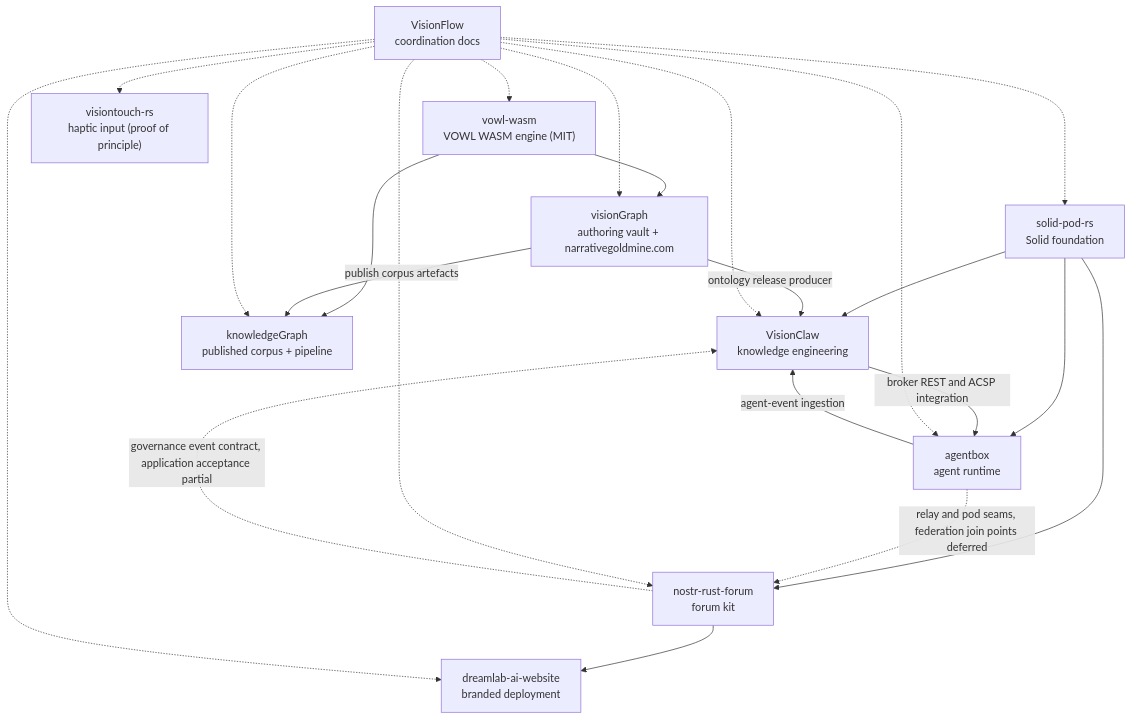
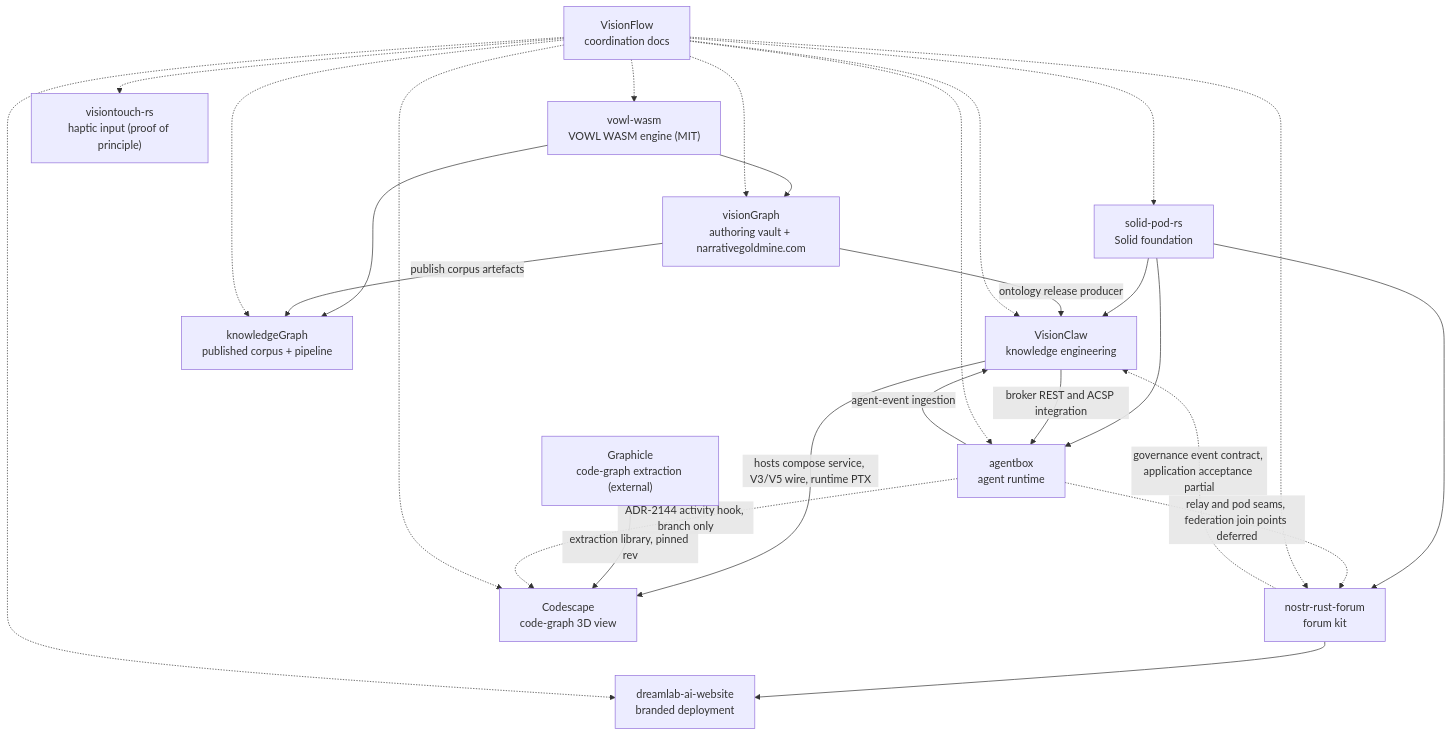
The diagram in docs/architecture/repository-map.md (DreamLab-AI/VisionFlow), drawn with Mermaid before and after one commit. The commit also changed other lines of this file and 3 other files, not shown here.

````diff
--- a/docs/architecture/repository-map.md
+++ b/docs/architecture/repository-map.md
@@ -42,37 +43,43 @@
 ```mermaid
 flowchart TB
     VF["VisionFlow\ncoordination docs"]
     VC["VisionClaw\nknowledge engineering"]
     AB["agentbox\nagent runtime"]
     SPR["solid-pod-rs\nSolid foundation"]
     NRF["nostr-rust-forum\nforum kit"]
     DLW["dreamlab-ai-website\nbranded deployment"]
     VW["vowl-wasm\nVOWL WASM engine (MIT)"]
     KG["knowledgeGraph\npublished corpus + pipeline"]
     VG["visionGraph\nauthoring vault + narrativegoldmine.com"]
     VT["visiontouch-rs\nhaptic input (proof of principle)"]
+    CS["Codescape\ncode-graph 3D view"]
+    GR["Graphicle\ncode-graph extraction (external)"]
 
     SPR --> VC
     SPR --> AB
     SPR --> NRF
     NRF --> DLW
     VW --> VG
     VW --> KG
     VG -->|"publish corpus artefacts"| KG
     VG -->|"ontology release producer"| VC
 
     AB -->|"agent-event ingestion"| VC
     VC -->|"broker REST and ACSP integration"| AB
     NRF -.->|"governance event contract, application acceptance partial"| VC
     AB -.->|"relay and pod seams, federation join points deferred"| NRF
 
     VF -.-> VC
     VF -.-> AB
     VF -.-> SPR
     VF -.-> NRF
     VF -.-> DLW
     VF -.-> VW
     VF -.-> KG
     VF -.-> VG
     VF -.-> VT
+    VC -->|"hosts compose service, V3/V5 wire, runtime PTX"| CS
+    GR -->|"extraction library, pinned rev"| CS
+    AB -.->|"ADR-2144 activity hook, branch only"| CS
+    VF -.-> CS
 ```
````
